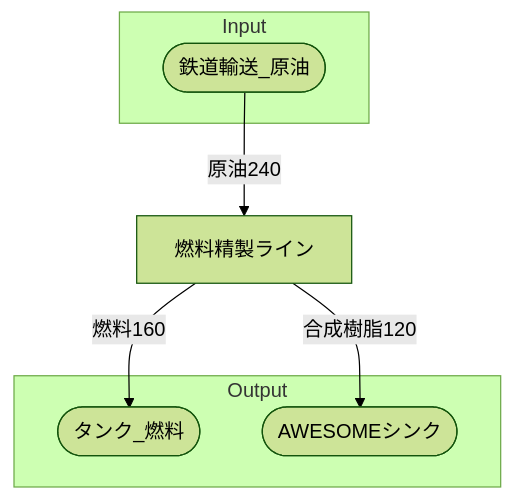
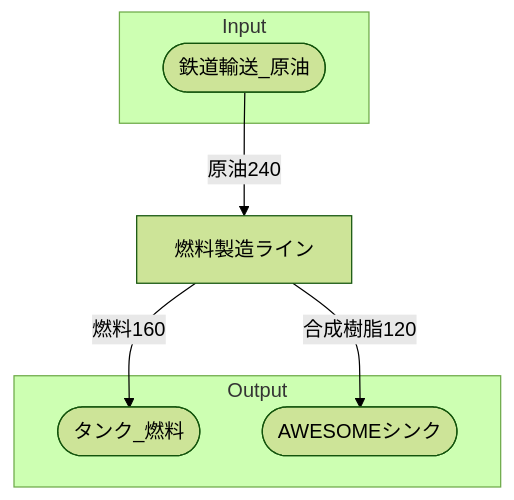
One commit to Suzuran-Amano/SatisfactoryTaskEfficiency changed the diagram in 40_FactoryBuilding/シェブデ製油所/30_全体製造ライン設計書/全体製造ライン設計書_シェブデ製油所.md. Above: the diagram before and after it, drawn with Mermaid (forest theme). The commit also changed other lines of this file and 9 other files, not shown here.

````diff
--- a/40_FactoryBuilding/シェブデ製油所/30_全体製造ライン設計書/全体製造ライン設計書_シェブデ製油所.md
+++ b/40_FactoryBuilding/シェブデ製油所/30_全体製造ライン設計書/全体製造ライン設計書_シェブデ製油所.md
@@ -32,17 +32,17 @@
 ```mermaid
 flowchart TD
 subgraph Input
     鉄道輸送_原油([鉄道輸送_原油])
 end
 
-燃料精製ライン
+燃料製造ライン
 
 subgraph Output
     タンク_燃料([タンク_燃料])
     AWESOMEシンク([AWESOMEシンク])
 end
 
-鉄道輸送_原油-->|原油240|燃料精製ライン
-燃料精製ライン-->|燃料160|タンク_燃料
-燃料精製ライン-->|合成樹脂120|AWESOMEシンク
+鉄道輸送_原油-->|原油240|燃料製造ライン
+燃料製造ライン-->|燃料160|タンク_燃料
+燃料製造ライン-->|合成樹脂120|AWESOMEシンク
 ```
````
